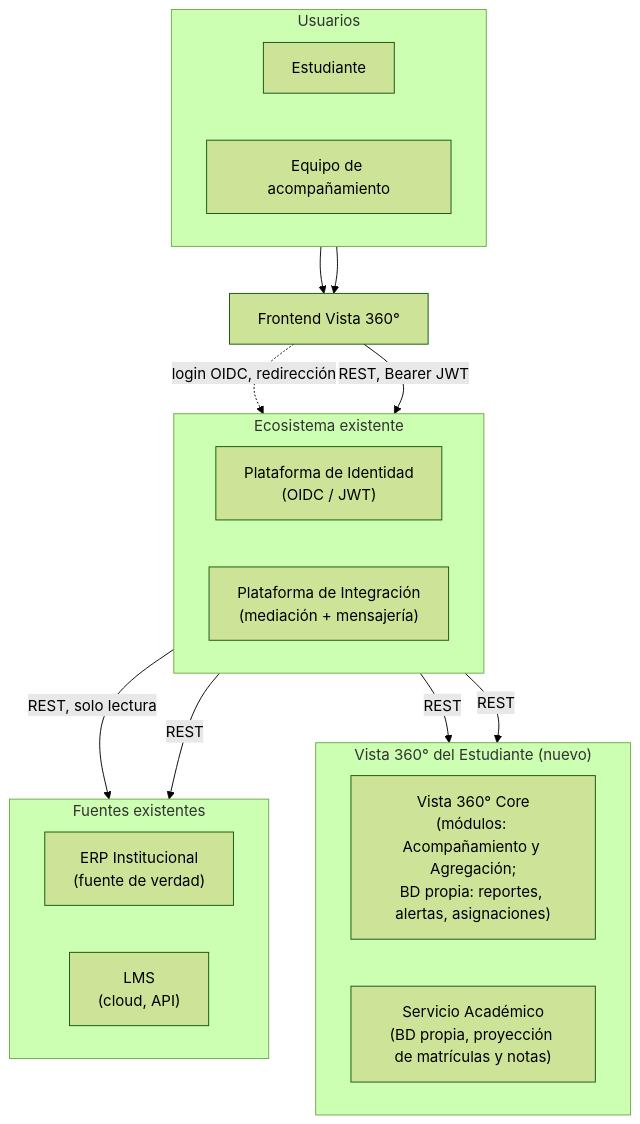
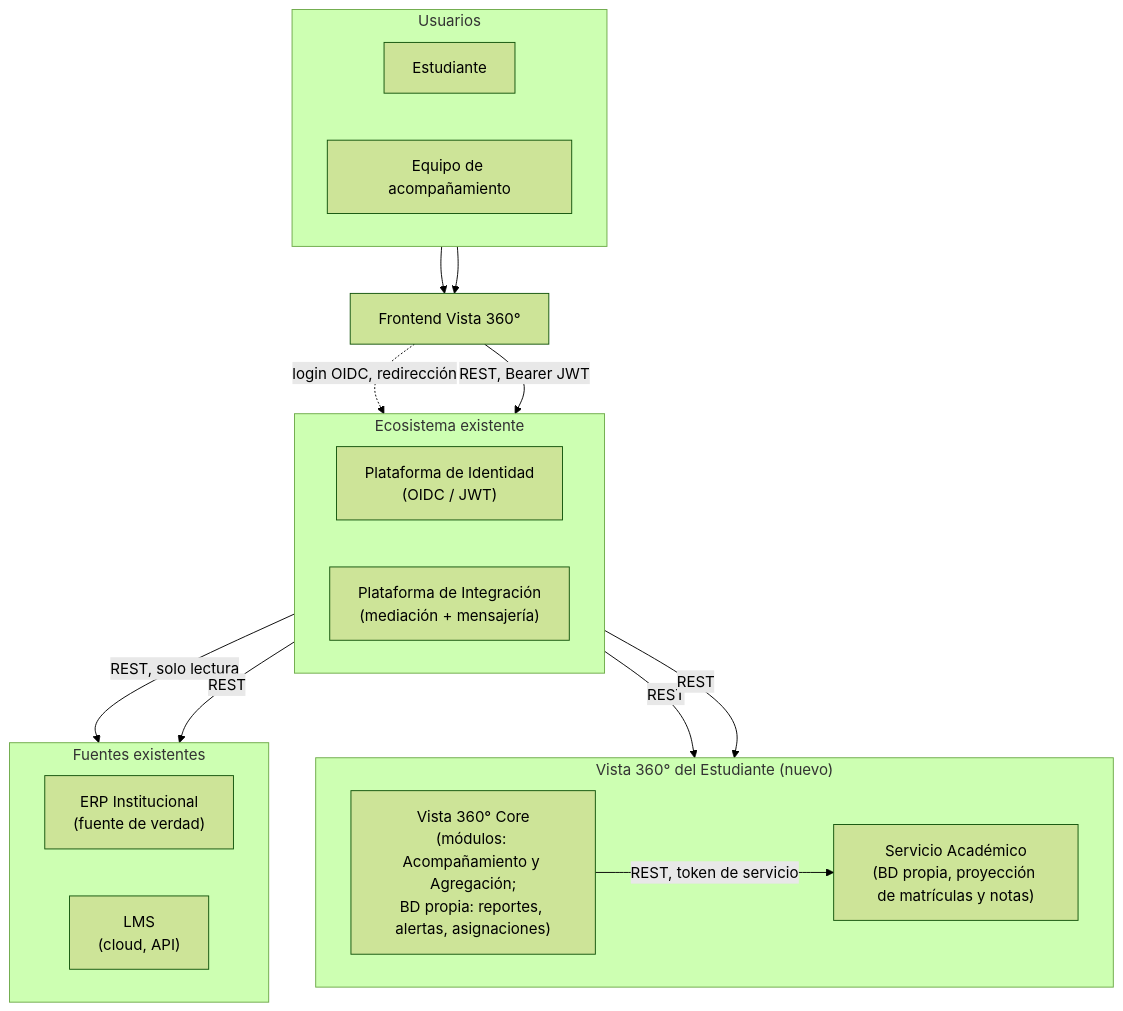
Before and after one commit to Juanpapb0401/Vista-360: the second of 3 diagrams in docs/01-arquitectura.md, drawn with Mermaid (forest theme). The commit also changed other lines of this file and 2 other files, not shown here.

First line of the commit message:
docs(arquitectura): mostrar la llamada directa de Core al Servicio Académico

````diff
--- a/docs/01-arquitectura.md
+++ b/docs/01-arquitectura.md
@@ -64,37 +65,38 @@
 ```mermaid
 flowchart TD
     subgraph USR["Usuarios"]
         direction LR
         EST["Estudiante"]
         ACOMP["Equipo de acompañamiento"]
     end
 
     FE["Frontend Vista 360°"]
 
     subgraph ECO["Ecosistema existente"]
         direction LR
         ID["Plataforma de Identidad<br>(OIDC / JWT)"]
         INT["Plataforma de Integración<br>(mediación + mensajería)"]
     end
 
     subgraph V360["Vista 360° del Estudiante (nuevo)"]
         direction LR
         CORE["Vista 360° Core<br>(módulos: Acompañamiento y Agregación;<br>BD propia: reportes, alertas, asignaciones)"]
         ACAD["Servicio Académico<br>(BD propia, proyección de matrículas y notas)"]
     end
 
     subgraph FUENTES["Fuentes existentes"]
         direction LR
         ERP["ERP Institucional<br>(fuente de verdad)"]
         LMS["LMS<br>(cloud, API)"]
     end
 
     EST --> FE
     ACOMP --> FE
     FE -.->|"login OIDC, redirección"| ID
     FE -->|"REST, Bearer JWT"| INT
     INT -->|"REST"| CORE
     INT -->|"REST"| ACAD
+    CORE -->|"REST, token de servicio"| ACAD
     INT -->|"REST, solo lectura"| ERP
     INT -->|"REST"| LMS
 ```
````
